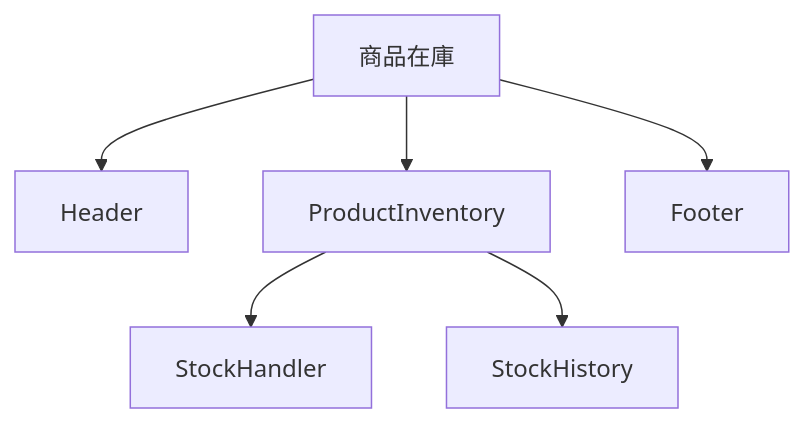
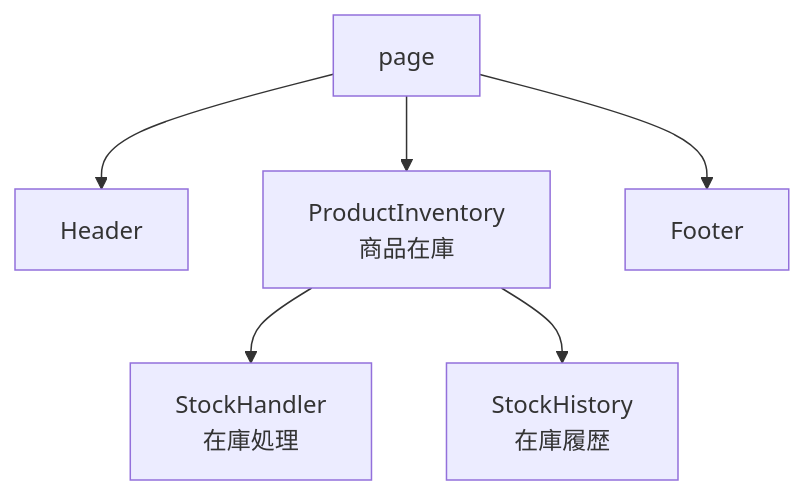
One commit to ot-nemoto/full-stack-web-development-frontend changed the second of 4 diagrams in README.md. Above: the diagram before and after it, drawn with Mermaid. The commit also changed other lines of this file and 3 other files, not shown here.

````diff
--- a/README.md
+++ b/README.md
@@ -22,8 +90,8 @@
 ```mermaid
 graph TD;
-  商品在庫 --> Header
-  商品在庫 --> ProductInventory
-  ProductInventory --> StockHandler
-  ProductInventory --> StockHistory
-  商品在庫 --> Footer
+  page --> Header
+  page --> ProductInventory[ProductInventory<br>商品在庫]
+  ProductInventory --> StockHandler[StockHandler<br>在庫処理]
+  ProductInventory --> StockHistory[StockHistory<br>在庫履歴]
+  page --> Footer
 ```
````
